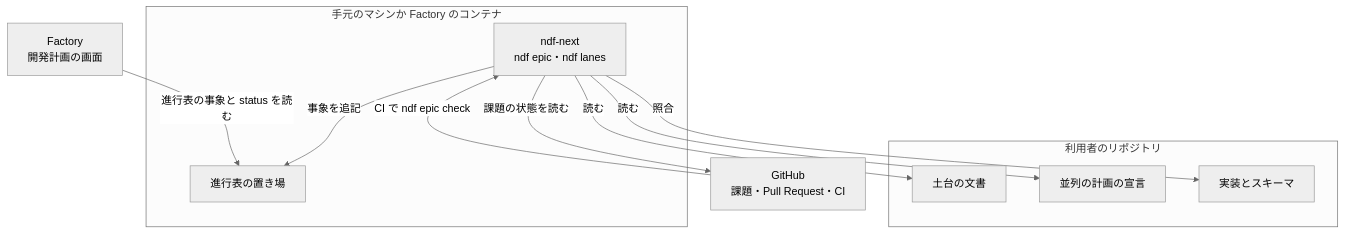
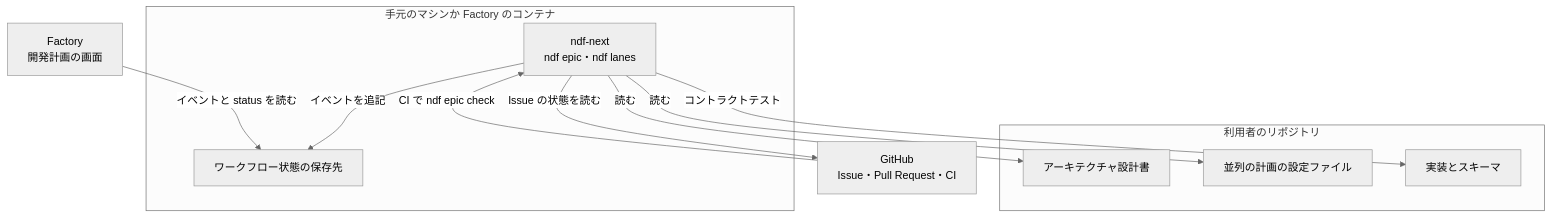
The second of 5 diagrams in issues/issue-3600-design.md (devbasex/ai-plugins), drawn with Mermaid (neutral theme) before and after one commit. The commit also changed other lines of this file and 2 other files, not shown here.

````diff
--- a/issues/issue-3600-design.md
+++ b/issues/issue-3600-design.md
@@ -237,21 +241,21 @@
 ```mermaid
 graph TD
     subgraph REPO["利用者のリポジトリ"]
-        F["土台の文書"]
-        PJ["並列の計画の宣言"]
+        F["アーキテクチャ設計書"]
+        PJ["並列の計画の設定ファイル"]
         CODE["実装とスキーマ"]
     end
     subgraph MACH["手元のマシンか Factory のコンテナ"]
         NDF["ndf-next<br/>ndf epic・ndf lanes"]
-        DB["進行表の置き場"]
+        DB["ワークフロー状態の保存先"]
     end
-    GH["GitHub<br/>課題・Pull Request・CI"]
+    GH["GitHub<br/>Issue・Pull Request・CI"]
     FAC["Factory<br/>開発計画の画面"]
     NDF -->|"読む"| F
     NDF -->|"読む"| PJ
-    NDF -->|"照合"| CODE
-    NDF -->|"事象を追記"| DB
-    NDF -->|"課題の状態を読む"| GH
+    NDF -->|"コントラクトテスト"| CODE
+    NDF -->|"イベントを追記"| DB
+    NDF -->|"Issue の状態を読む"| GH
     GH -->|"CI で ndf epic check"| NDF
-    FAC -->|"進行表の事象と status を読む"| DB
+    FAC -->|"イベントと status を読む"| DB
 ```
````
